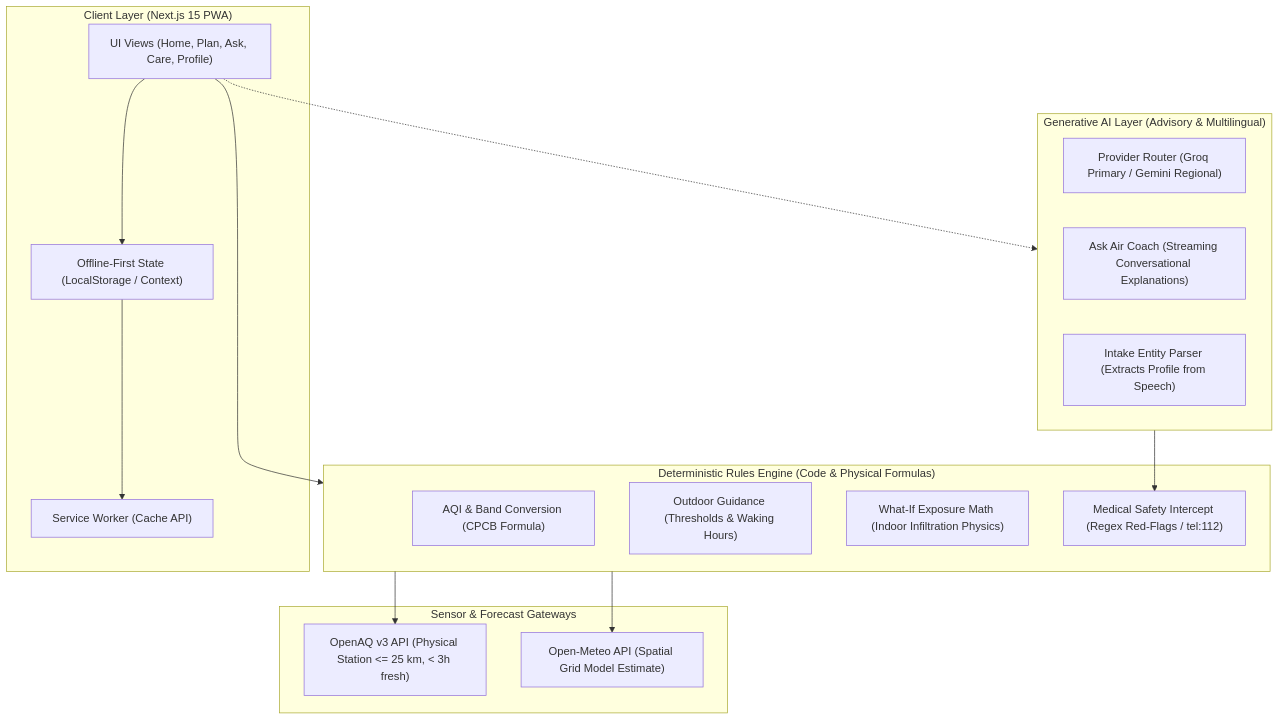
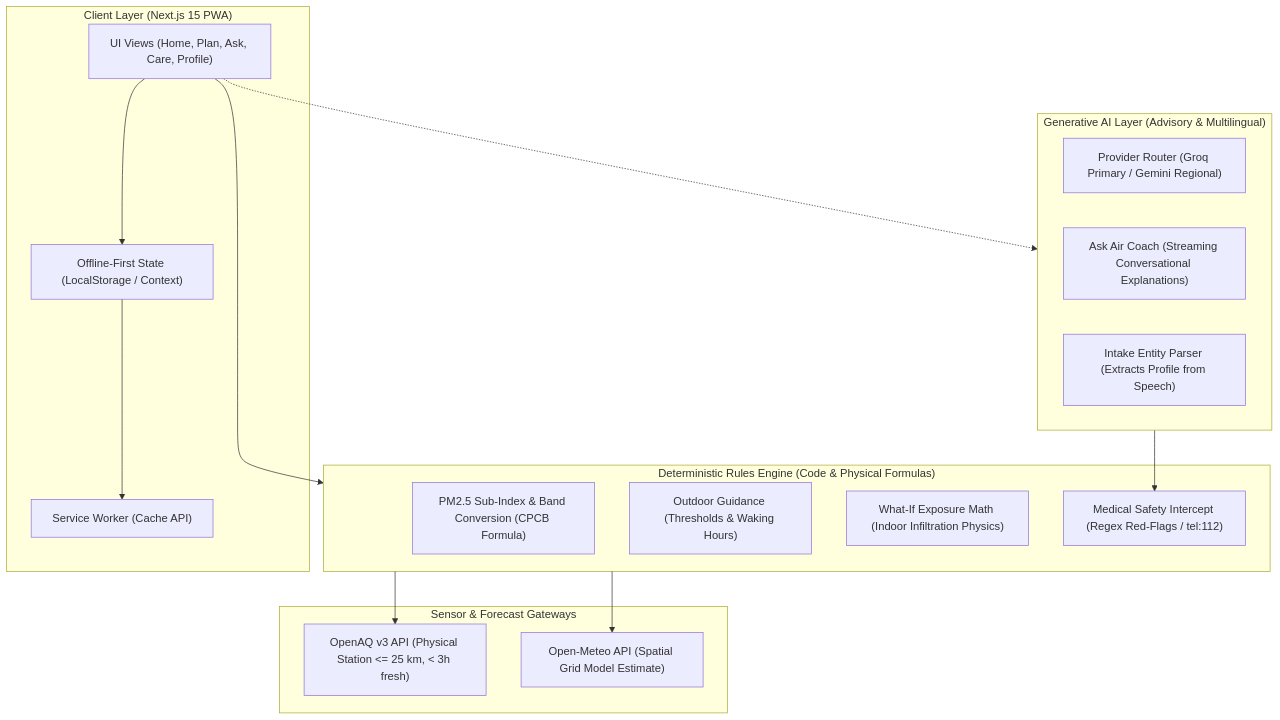
The diagram in README.md (nilesh0199/ClearHale), drawn with Mermaid before and after one commit. The commit also changed other lines of this file and 15 other files, not shown here.

````diff
--- a/README.md
+++ b/README.md
@@ -111,34 +113,34 @@
 ```mermaid
 flowchart TD
     subgraph Client ["Client Layer (Next.js 15 PWA)"]
         UI["UI Views (Home, Plan, Ask, Care, Profile)"]
         State["Offline-First State (LocalStorage / Context)"]
         SW["Service Worker (Cache API)"]
     end
 
     subgraph DeterministicCode ["Deterministic Rules Engine (Code & Physical Formulas)"]
-        AQI["AQI & Band Conversion (CPCB Formula)"]
+        AQI["PM2.5 Sub-Index & Band Conversion (CPCB Formula)"]
         Outdoor["Outdoor Guidance (Thresholds & Waking Hours)"]
         Exposure["What-If Exposure Math (Indoor Infiltration Physics)"]
         Safety["Medical Safety Intercept (Regex Red-Flags / tel:112)"]
     end
 
     subgraph SensorGateways ["Sensor & Forecast Gateways"]
         OpenAQ["OpenAQ v3 API (Physical Station <= 25 km, < 3h fresh)"]
         OpenMeteo["Open-Meteo API (Spatial Grid Model Estimate)"]
     end
 
     subgraph AILayer ["Generative AI Layer (Advisory & Multilingual)"]
         Router["Provider Router (Groq Primary / Gemini Regional)"]
         Ask["Ask Air Coach (Streaming Conversational Explanations)"]
         Intake["Intake Entity Parser (Extracts Profile from Speech)"]
     end
 
     UI --> State
     State --> SW
     UI --> DeterministicCode
     DeterministicCode --> OpenAQ
     DeterministicCode --> OpenMeteo
     UI -.-> AILayer
     AILayer --> Safety
 ```
````
